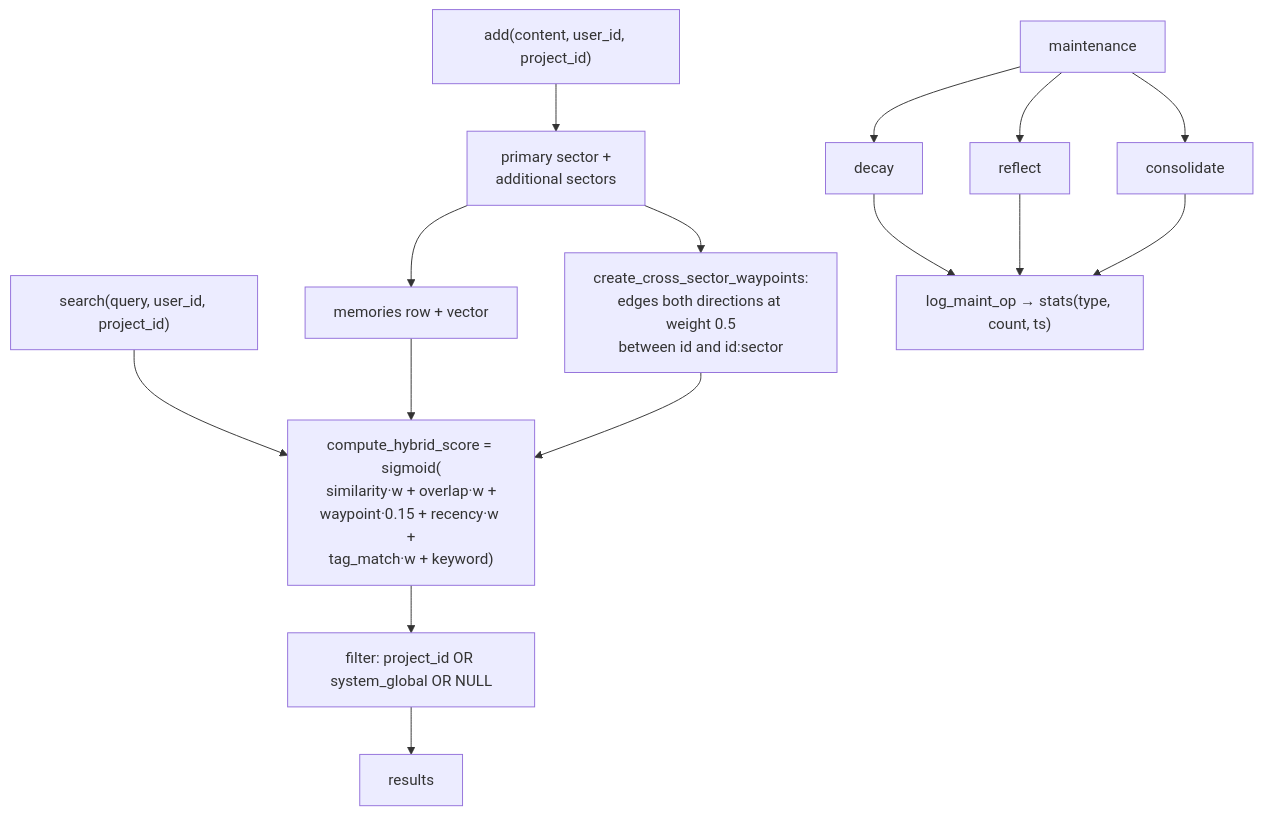
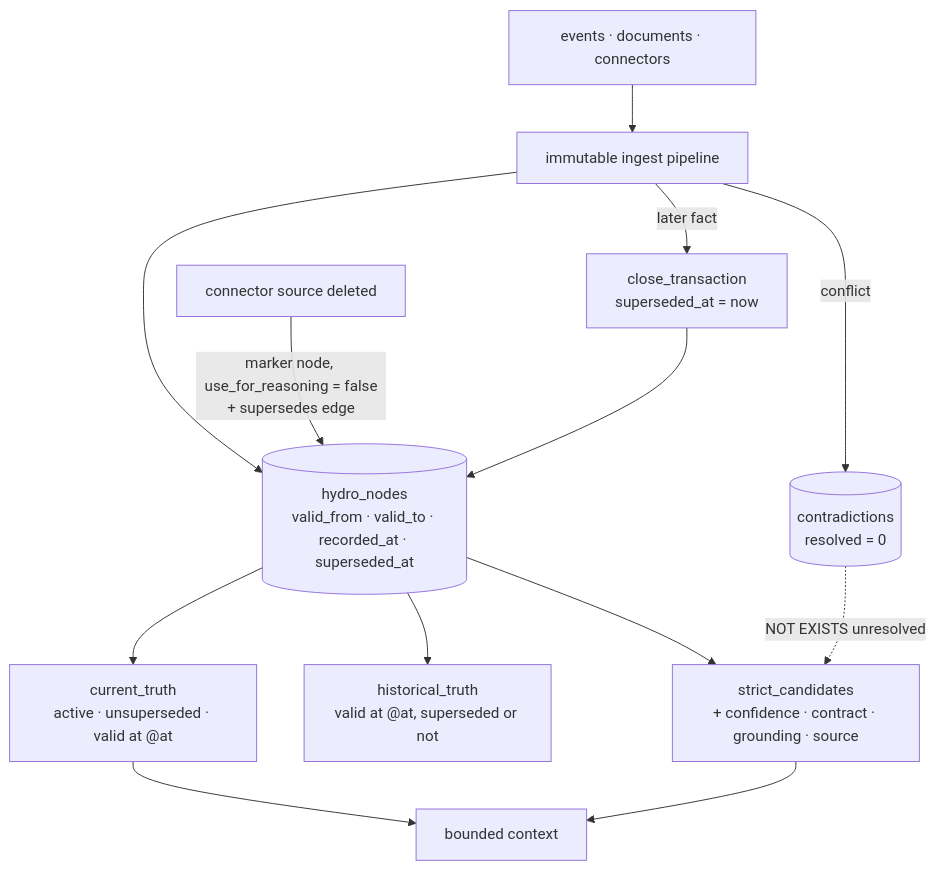
The diagram in content/systems/openmemory.md (neoneye/agent-memory-atlas), drawn with Mermaid before and after one commit. The commit also changed other lines of this file and 19 other files, not shown here.

````diff
--- a/content/systems/openmemory.md
+++ b/content/systems/openmemory.md
@@ -81,18 +80,17 @@
 ```mermaid
-%% caption: cross-sector waypoints are edges written at ingest and read as one term of the hybrid score, so structure contributes to ranking without a traversal at query time
+%% caption: one ingest pipeline writes immutable nodes; supersession closes a node rather than overwriting it, and each recall mode is a different question over the same valid-time and recorded-time columns — strict recall adding the reasoning contract and the unresolved-contradiction check
 flowchart TD
-    A["add(content, user_id, project_id)"] --> SEC["primary sector +<br/>additional sectors"]
-    SEC --> WP["create_cross_sector_waypoints:<br/>edges both directions at weight 0.5<br/>between id and id:sector"]
-    SEC --> ST["memories row + vector"]
-    Q["search(query, user_id, project_id)"] --> HS["compute_hybrid_score = sigmoid(<br/>similarity·w + overlap·w +<br/>waypoint·0.15 + recency·w +<br/>tag_match·w + keyword)"]
-    ST --> HS
-    WP --> HS
-    HS --> F["filter: project_id OR system_global OR NULL"]
-    F --> R["results"]
-    M["maintenance"] --> D["decay"]
-    M --> RF["reflect"]
-    M --> C["consolidate"]
-    D --> LOG["log_maint_op → stats(type, count, ts)"]
-    RF --> LOG
-    C --> LOG
+    SRC["events · documents · connectors"] --> ING["immutable ingest pipeline"]
+    ING --> N[("hydro_nodes<br/>valid_from · valid_to · recorded_at · superseded_at")]
+    ING -->|"later fact"| MV["close_transaction<br/>superseded_at = now"]
+    MV --> N
+    ING -->|"conflict"| C[("contradictions<br/>resolved = 0")]
+    DEL["connector source deleted"] -->|"marker node, use_for_reasoning = false<br/>+ supersedes edge"| N
+
+    N --> CUR["current_truth<br/>active · unsuperseded · valid at @at"]
+    N --> HIS["historical_truth<br/>valid at @at, superseded or not"]
+    N --> STR["strict_candidates<br/>+ confidence · contract · grounding · source"]
+    C -.->|"NOT EXISTS unresolved"| STR
+    STR --> CTX["bounded context"]
+    CUR --> CTX
 ```
````
